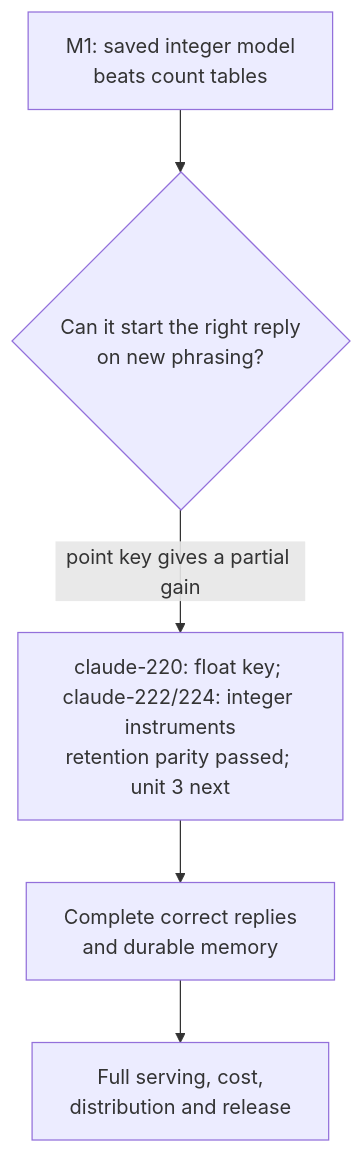
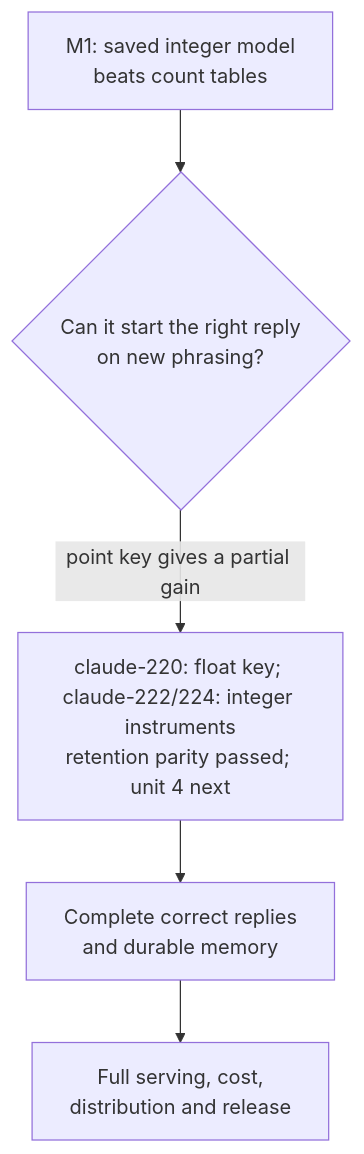
The diagram in docs/research/open-questions.md (UOR-Foundation/uor-r4), drawn with Mermaid before and after one commit. The commit also changed other lines of this file and 37 other files, not shown here.

````diff
--- a/docs/research/open-questions.md
+++ b/docs/research/open-questions.md
@@ -8,7 +8,7 @@
 ```mermaid
 flowchart TD
   A["M1: saved integer model<br/>beats count tables"] --> B{"Can it start the right reply<br/>on new phrasing?"}
-  B -- "point key gives a partial gain" --> M["claude-220: float key; claude-222/224: integer instruments<br/>retention parity passed; unit 3 next"]
+  B -- "point key gives a partial gain" --> M["claude-220: float key; claude-222/224: integer instruments<br/>retention parity passed; unit 4 next"]
   M --> R["Complete correct replies<br/>and durable memory"]
   R --> S["Full serving, cost,<br/>distribution and release"]
 ```
````
